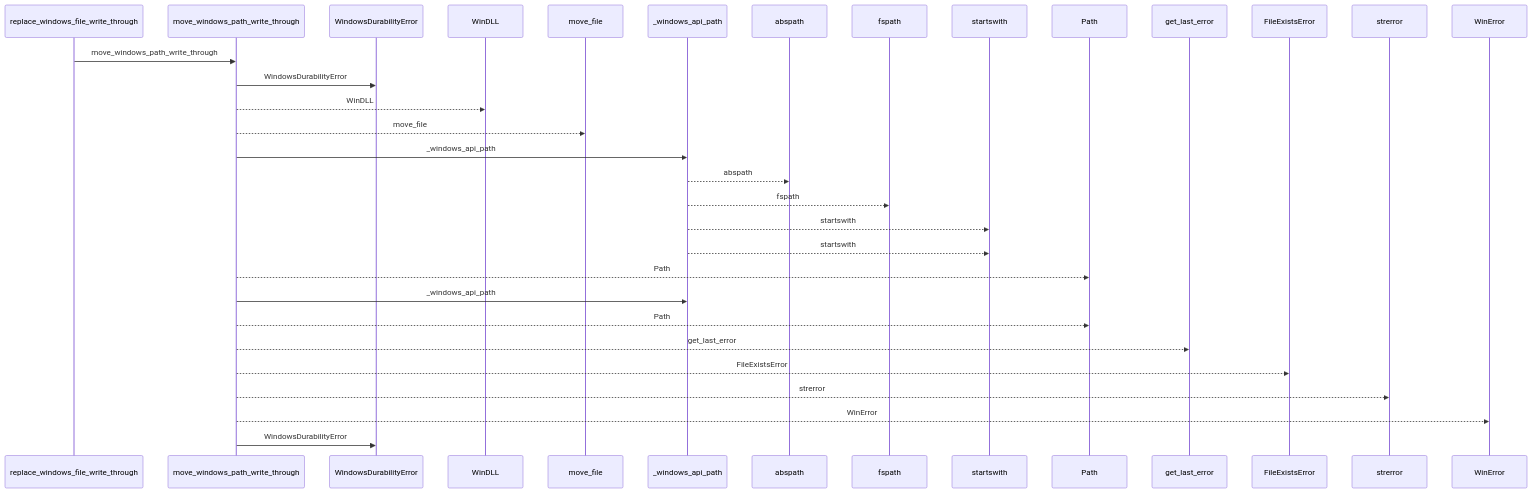
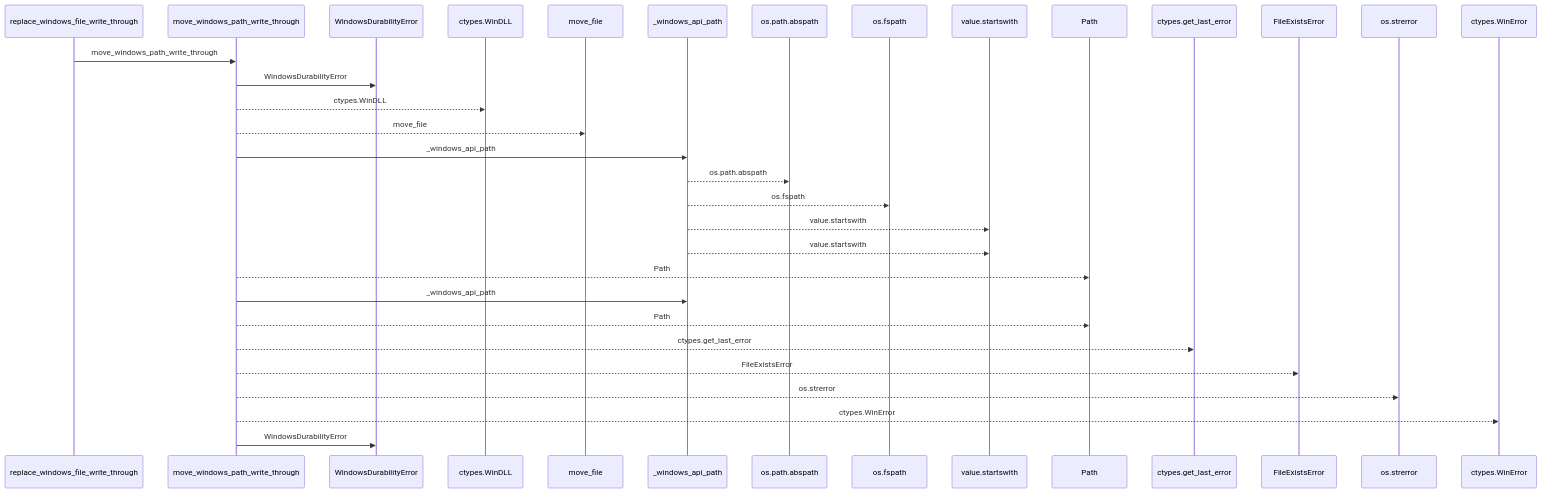
Before and after one commit to Denissvgn/python-wiki-llm: the first of 2 diagrams in docs/llm_wiki/flows/api-replace_windows_file_write_through.md, drawn with Mermaid. The commit also changed other lines of this file and 719 other files, not shown here.

````diff
--- a/docs/llm_wiki/flows/api-replace_windows_file_write_through.md
+++ b/docs/llm_wiki/flows/api-replace_windows_file_write_through.md
@@ -10,34 +10,34 @@
 ```mermaid
 sequenceDiagram
     participant p0 as replace_windows_file_write_through
     participant p1 as move_windows_path_write_through
     participant p2 as WindowsDurabilityError
-    participant p3 as WinDLL
+    participant p3 as ctypes.WinDLL
     participant p4 as move_file
     participant p5 as _windows_api_path
-    participant p6 as abspath
-    participant p7 as fspath
-    participant p8 as startswith
+    participant p6 as os.path.abspath
+    participant p7 as os.fspath
+    participant p8 as value.startswith
     participant p9 as Path
-    participant p10 as get_last_error
+    participant p10 as ctypes.get_last_error
     participant p11 as FileExistsError
-    participant p12 as strerror
-    participant p13 as WinError
+    participant p12 as os.strerror
+    participant p13 as ctypes.WinError
     p0->>p1: move_windows_path_write_through
     p1->>p2: WindowsDurabilityError
-    p1-->>p3: WinDLL
+    p1-->>p3: ctypes.WinDLL
     p1-->>p4: move_file
     p1->>p5: _windows_api_path
-    p5-->>p6: abspath
-    p5-->>p7: fspath
-    p5-->>p8: startswith
-    p5-->>p8: startswith
+    p5-->>p6: os.path.abspath
+    p5-->>p7: os.fspath
+    p5-->>p8: value.startswith
+    p5-->>p8: value.startswith
     p1-->>p9: Path
     p1->>p5: _windows_api_path
     p1-->>p9: Path
-    p1-->>p10: get_last_error
+    p1-->>p10: ctypes.get_last_error
     p1-->>p11: FileExistsError
-    p1-->>p12: strerror
-    p1-->>p13: WinError
+    p1-->>p12: os.strerror
+    p1-->>p13: ctypes.WinError
     p1->>p2: WindowsDurabilityError
 ```
````
